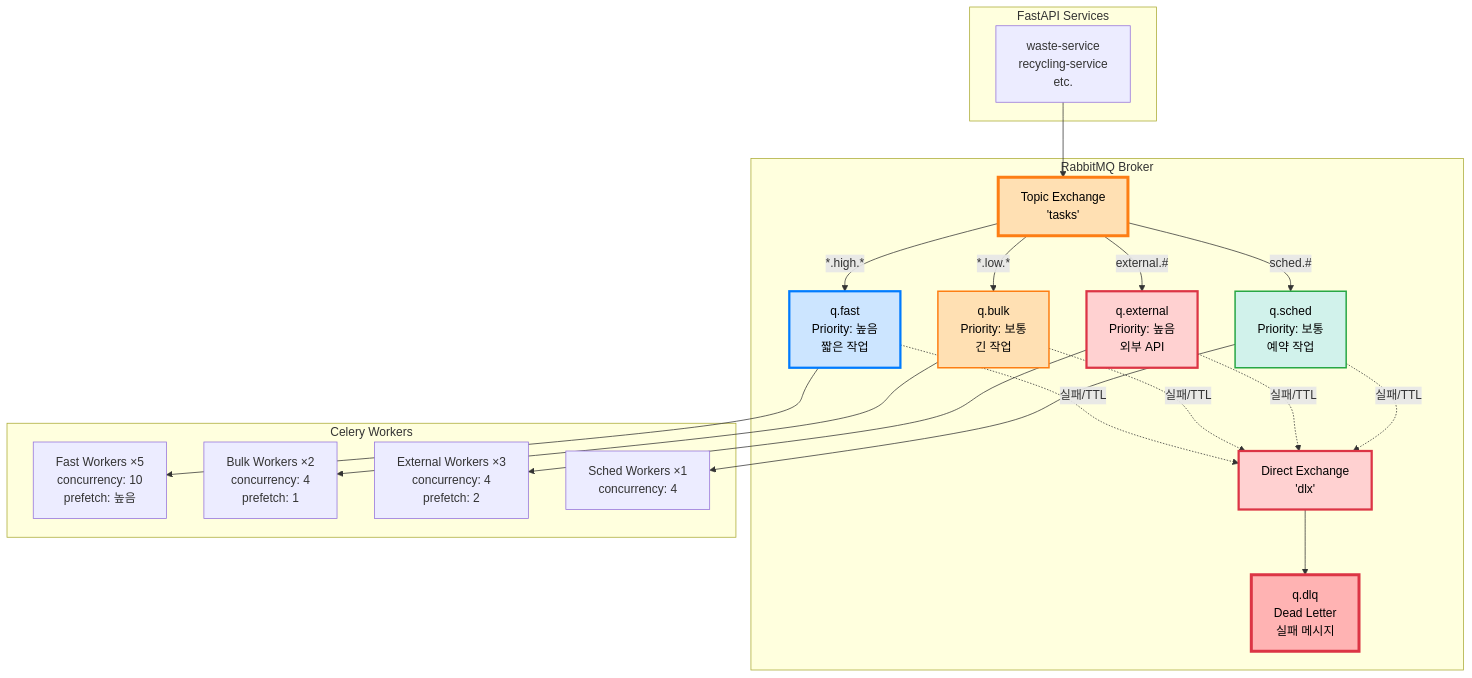
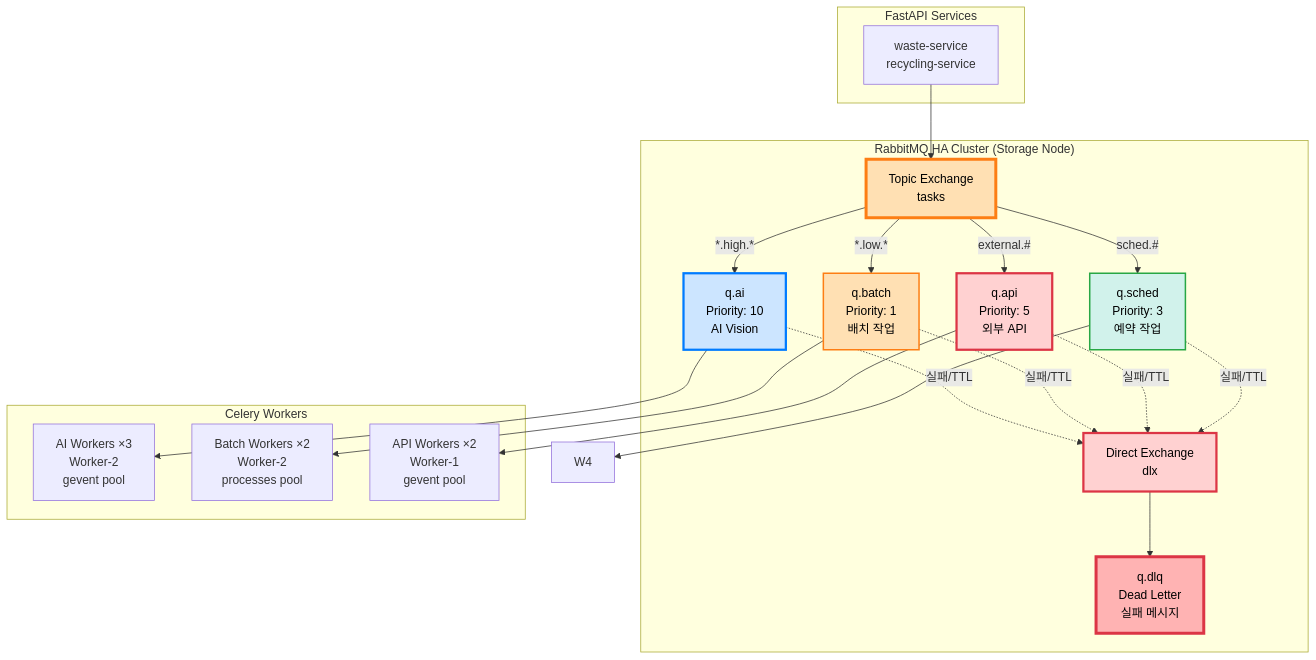
Before and after one commit to eco2-team/backend: the second of 3 diagrams in docs/architecture/task-queue-design.md, drawn with Mermaid. The commit also changed other lines of this file, not shown here.

First line of the commit message:
docs: Update task-queue-design for 4-node and fix Mermaid syntax

````diff
--- a/docs/architecture/task-queue-design.md
+++ b/docs/architecture/task-queue-design.md
@@ -67,49 +71,67 @@
 ```mermaid
 graph TB
     subgraph Producer["FastAPI Services"]
-        API[waste-service<br/>recycling-service<br/>etc.]
+        API["waste-service
+recycling-service"]
     end
     
-    subgraph RabbitMQ["RabbitMQ Broker"]
-        Exchange[Topic Exchange<br/>'tasks']
-        DLX[Direct Exchange<br/>'dlx']
+    subgraph RMQ["RabbitMQ HA Cluster (Storage Node)"]
+        Exchange["Topic Exchange
+tasks"]
+        DLX["Direct Exchange
+dlx"]
         
-        Q1[q.fast<br/>Priority: 높음<br/>짧은 작업]
-        Q2[q.bulk<br/>Priority: 보통<br/>긴 작업]
-        Q3[q.external<br/>Priority: 높음<br/>외부 API]
-        Q4[q.sched<br/>Priority: 보통<br/>예약 작업]
-        Q5[q.dlq<br/>Dead Letter<br/>실패 메시지]
+        Q1["q.ai
+Priority: 10
+AI Vision"]
+        Q2["q.batch
+Priority: 1
+배치 작업"]
+        Q3["q.api
+Priority: 5
+외부 API"]
+        Q4["q.sched
+Priority: 3
+예약 작업"]
+        Q5["q.dlq
+Dead Letter
+실패 메시지"]
     end
     
     subgraph Workers["Celery Workers"]
-        W1[Fast Workers ×5<br/>concurrency: 10<br/>prefetch: 높음]
-        W2[Bulk Workers ×2<br/>concurrency: 4<br/>prefetch: 1]
-        W3[External Workers ×3<br/>concurrency: 4<br/>prefetch: 2]
-        W4[Sched Workers ×1<br/>concurrency: 4]
+        W1["AI Workers ×3
+Worker-2
+gevent pool"]
+        W2["Batch Workers ×2
+Worker-2
+processes pool"]
+        W3["API Workers ×2
+Worker-1
+gevent pool"]
     end
     
     API --> Exchange
     Exchange -->|*.high.*| Q1
     Exchange -->|*.low.*| Q2
     Exchange -->|external.#| Q3
     Exchange -->|sched.#| Q4
     
     Q1 -.->|실패/TTL| DLX
     Q2 -.->|실패/TTL| DLX
     Q3 -.->|실패/TTL| DLX
     Q4 -.->|실패/TTL| DLX
     DLX --> Q5
     
     Q1 --> W1
     Q2 --> W2
     Q3 --> W3
     Q4 --> W4
     
     style Exchange fill:#ffe0b3,stroke:#fd7e14,stroke-width:4px,color:#000
     style DLX fill:#ffd1d1,stroke:#dc3545,stroke-width:3px,color:#000
     style Q1 fill:#cce5ff,stroke:#007bff,stroke-width:3px,color:#000
     style Q2 fill:#ffe0b3,stroke:#fd7e14,stroke-width:2px,color:#000
     style Q3 fill:#ffd1d1,stroke:#dc3545,stroke-width:3px,color:#000
     style Q4 fill:#d1f2eb,stroke:#28a745,stroke-width:2px,color:#000
     style Q5 fill:#ffb3b3,stroke:#dc3545,stroke-width:4px,color:#000
 ```
````
